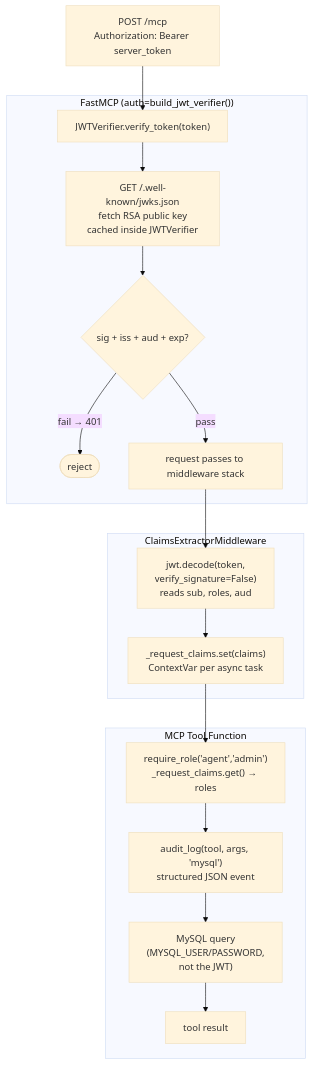
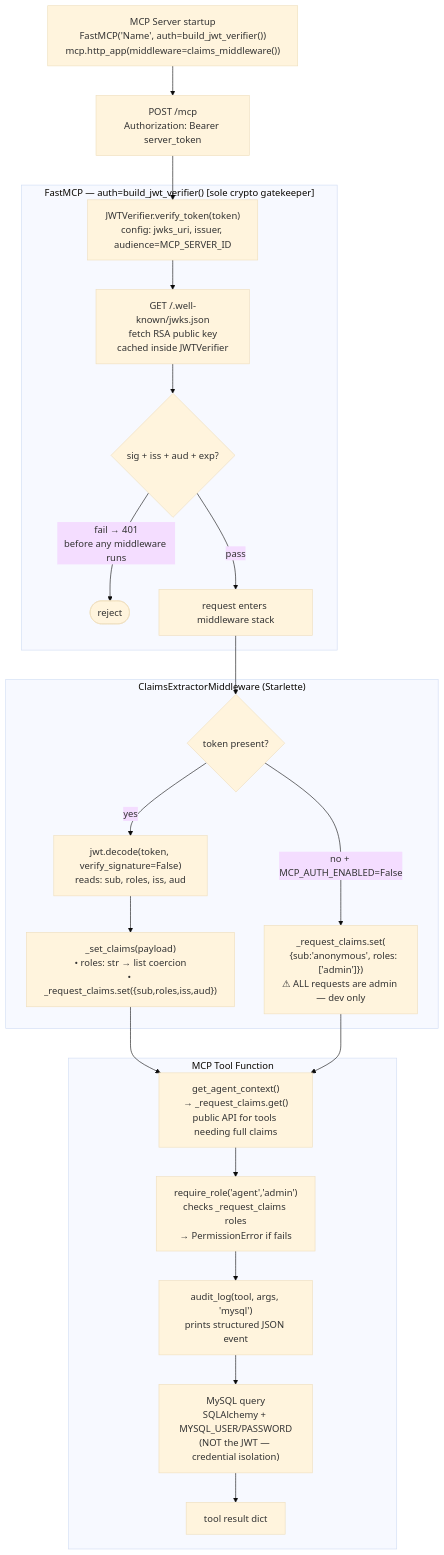
One commit to manojchevula-acc/agent-mesh changed the fourth of 4 diagrams in CALL_GRAPH.md. Above: the diagram before and after it, drawn with Mermaid (base theme). The commit also changed other lines of this file, not shown here.

First line of the commit message:
docs: complete CALL_GRAPH.md — fix all 13 gaps from audit

````diff
--- a/CALL_GRAPH.md
+++ b/CALL_GRAPH.md
@@ -283,24 +515,31 @@
 ```mermaid
 flowchart TD
+    START["MCP Server startup\nFastMCP('Name', auth=build_jwt_verifier())\nmcp.http_app(middleware=claims_middleware())"]
+    START --> A
+
     A["POST /mcp\nAuthorization: Bearer server_token"] --> B
 
-    subgraph FastMCP ["FastMCP (auth=build_jwt_verifier())"]
-        B["JWTVerifier.verify_token(token)"]
+    subgraph FastMCP ["FastMCP — auth=build_jwt_verifier()  [sole crypto gatekeeper]"]
+        B["JWTVerifier.verify_token(token)\nconfig: jwks_uri, issuer, audience=MCP_SERVER_ID"]
         B --> C["GET /.well-known/jwks.json\nfetch RSA public key\ncached inside JWTVerifier"]
         C --> D{sig + iss + aud + exp?}
-        D -- "fail → 401" --> Z([reject])
-        D -- "pass" --> E["request passes to middleware stack"]
+        D -- "fail → 401\nbefore any middleware runs" --> Z([reject])
+        D -- "pass" --> E["request enters middleware stack"]
     end
 
-    subgraph Middleware ["ClaimsExtractorMiddleware"]
-        E --> F["jwt.decode(token,\nverify_signature=False)\nreads sub, roles, aud"]
-        F --> G["_request_claims.set(claims)\nContextVar per async task"]
+    subgraph Middleware ["ClaimsExtractorMiddleware  (Starlette)"]
+        E --> F{token present?}
+        F -- "yes" --> G["jwt.decode(token, verify_signature=False)\nreads: sub, roles, iss, aud"]
+        G --> H["_set_claims(payload)\n• roles: str → list coercion\n• _request_claims.set({sub,roles,iss,aud})"]
+        F -- "no + MCP_AUTH_ENABLED=False" --> DEVMODE["_request_claims.set(\n  {sub:'anonymous', roles:['admin']})\n⚠ ALL requests are admin — dev only"]
     end
 
     subgraph Tool ["MCP Tool Function"]
-        G --> H["require_role('agent','admin')\n_request_claims.get() → roles"]
-        H --> I["audit_log(tool, args, 'mysql')\nstructured JSON event"]
-        I --> J["MySQL query\n(MYSQL_USER/PASSWORD,\nnot the JWT)"]
-        J --> K[tool result]
+        H --> I["get_agent_context()\n→ _request_claims.get()\npublic API for tools needing full claims"]
+        DEVMODE --> I
+        I --> J["require_role('agent','admin')\nchecks _request_claims roles\n→ PermissionError if fails"]
+        J --> K["audit_log(tool, args, 'mysql')\nprints structured JSON event"]
+        K --> L["MySQL query\nSQLAlchemy + MYSQL_USER/PASSWORD\n(NOT the JWT — credential isolation)"]
+        L --> M[tool result dict]
     end
 ```
````
